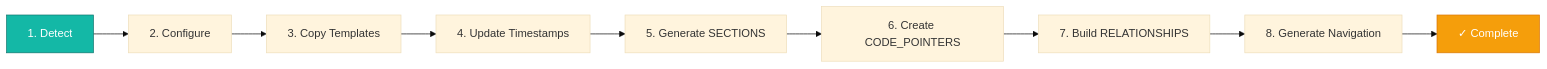
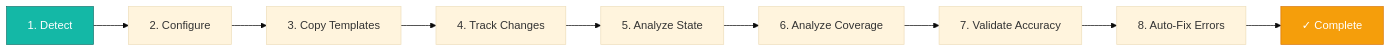
The fifth of 10 diagrams in README.md (justfinethanku/ultra-doc), drawn with Mermaid (base theme) before and after one commit. The commit also changed other lines of this file, not shown here.

````diff
--- a/README.md
+++ b/README.md
@@ -297,14 +650,14 @@
 ```mermaid
 graph LR
     A[1. Detect] --> B[2. Configure]
     B --> C[3. Copy Templates]
-    C --> D[4. Update Timestamps]
-    D --> E[5. Generate SECTIONS]
-    E --> F[6. Create CODE_POINTERS]
-    F --> G[7. Build RELATIONSHIPS]
-    G --> H[8. Generate Navigation]
+    C --> D[4. Track Changes]
+    D --> E[5. Analyze State]
+    E --> F[6. Analyze Coverage]
+    F --> G[7. Validate Accuracy]
+    G --> H[8. Auto-Fix Errors]
     H --> I[✓ Complete]
 
     style A fill:#14b8a6,stroke:#0f766e,color:#fff
     style I fill:#f59e0b,stroke:#d97706,color:#fff
 ```
````
